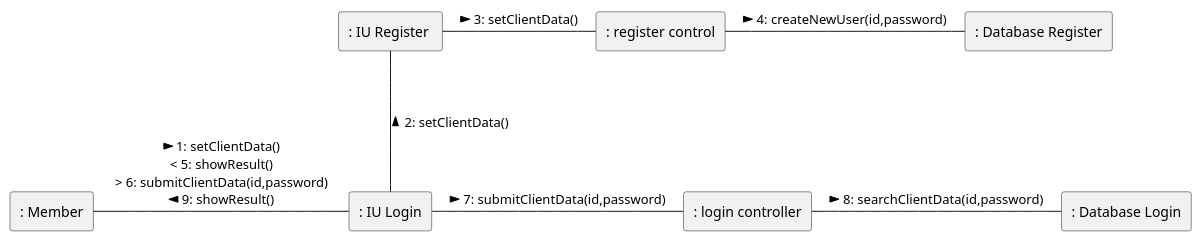
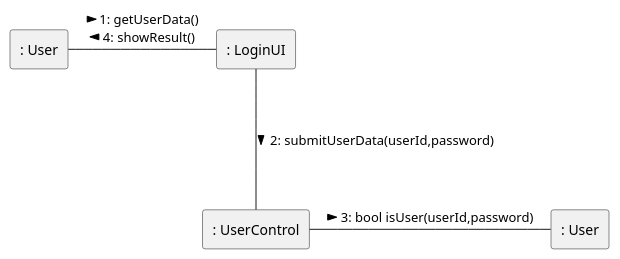
One commit to Candrixx/Proyecto_Ing_Software_Equipo_3 changed the diagram in docs/scenariosView/UC - Colaboration Diagrams/uc1-Login-Colaboration.plantuml. Above: the diagram before and after it, drawn with PlantUML. The commit also changed 18 other files, not shown here.

Commit message:
Diagram Class of Analisys and Package

```diff
--- a/docs/scenariosView/UC - Colaboration Diagrams/uc1-Login-Colaboration.plantuml
+++ b/docs/scenariosView/UC - Colaboration Diagrams/uc1-Login-Colaboration.plantuml
@@ -1,18 +1,12 @@
 @startuml uc1_login_c
 
-rectangle ": Member" as user 
-rectangle ": IU Login" as view
-rectangle ": login controller" as controller
-rectangle ": Database Login" as database
-rectangle ": IU Register " as  register
-rectangle ": register control" as control
-rectangle ": Database Register" as database2
+rectangle ": User" as user 
+rectangle ": LoginUI" as view
+rectangle ": UserControl" as controller
+rectangle ": User" as database
 
-user --r- view : > 1: setClientData() \n < 5: showResult() \n > 6: submitClientData(id,password) \n 9: showResult() <
-view --u- register : > 2: setClientData()
-register --r- control : > 3: setClientData()
-control --r- database2 : > 4: createNewUser(id,password) 
-view --r- controller : > 7: submitClientData(id,password)
-controller --r- database : > 8: searchClientData(id,password)
+user --r- view : > 1: getUserData() \n 4: showResult() <
+view --d- controller : > 2: submitUserData(userId,password)
+controller --r- database : > 3: bool isUser(userId,password)
 
 @enduml
```
